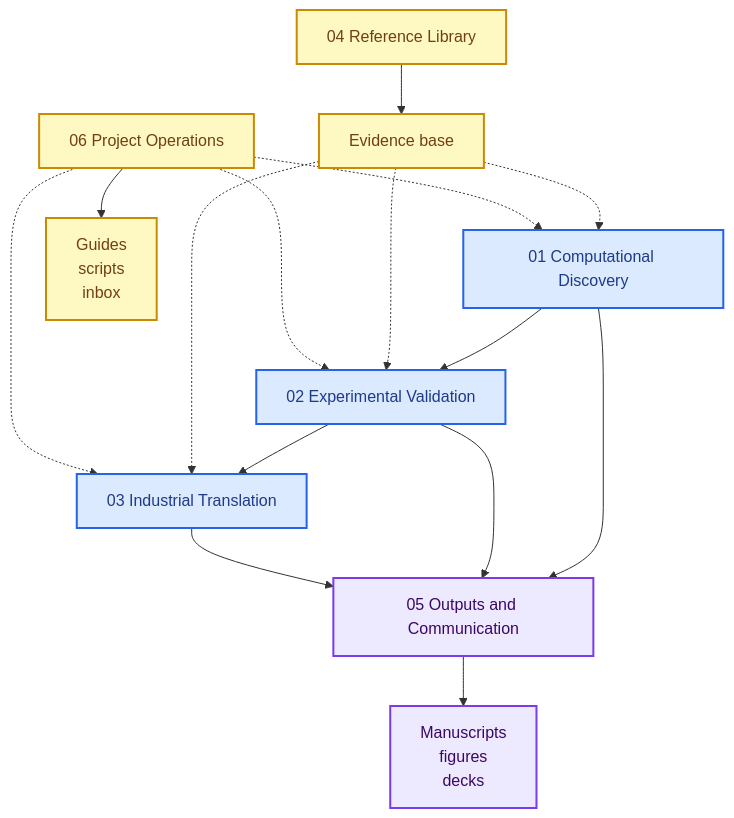
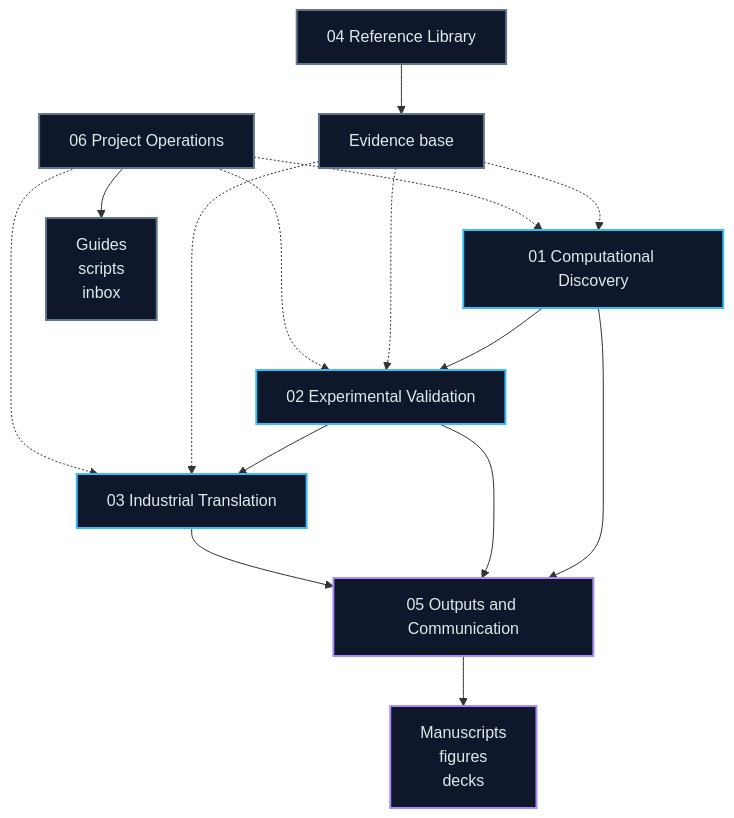
The fifth of 5 diagrams in README.md (jackyissocute/LiSPER), drawn with Mermaid before and after one commit. The commit also changed other lines of this file and 10 other files, not shown here.

````diff
--- a/README.md
+++ b/README.md
@@ -438,27 +444,27 @@
 ```mermaid
 flowchart TD
     accTitle: Repository Organization Model
     accDescr: The repository is organized as a three-stage research pipeline with reference, communication, and operations support layers.
 
     A["01 Computational Discovery"] --> B["02 Experimental Validation"]
     B --> C["03 Industrial Translation"]
     D["04 Reference Library"] --> E["Evidence base"]
     F["05 Outputs and Communication"] --> G["Manuscripts<br/>figures<br/>decks"]
     H["06 Project Operations"] --> I["Guides<br/>scripts<br/>inbox"]
     E -.-> A
     E -.-> B
     E -.-> C
     A --> F
     B --> F
     C --> F
     H -.-> A
     H -.-> B
     H -.-> C
 
-    classDef phase fill:#dbeafe,stroke:#2563eb,stroke-width:2px,color:#1e3a8a
-    classDef support fill:#fef9c3,stroke:#ca8a04,stroke-width:2px,color:#713f12
-    classDef output fill:#ede9fe,stroke:#7c3aed,stroke-width:2px,color:#3b0764
+    classDef phase fill:#0F172A,stroke:#38BDF8,stroke-width:2px,color:#E2E8F0
+    classDef support fill:#0F172A,stroke:#64748B,stroke-width:2px,color:#E2E8F0
+    classDef output fill:#0F172A,stroke:#A78BFA,stroke-width:2px,color:#E2E8F0
     class A,B,C phase
     class D,E,H,I support
     class F,G output
 ```
````
